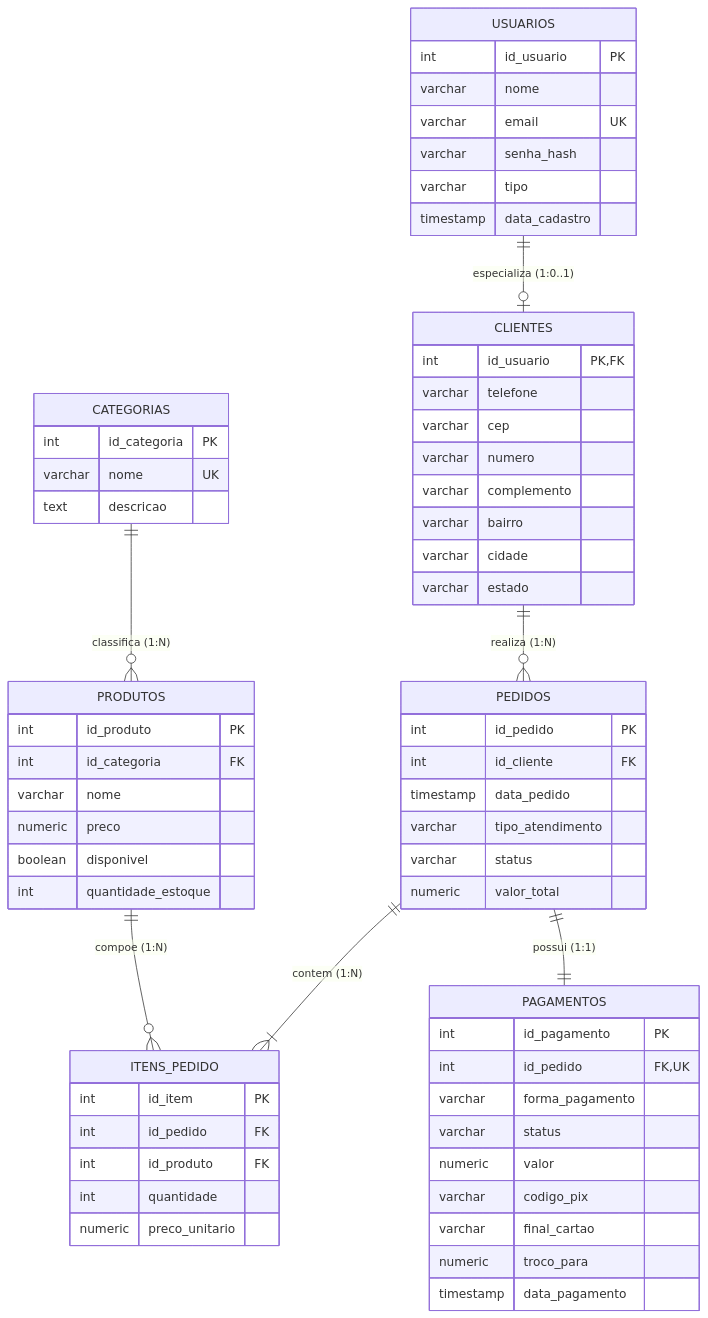
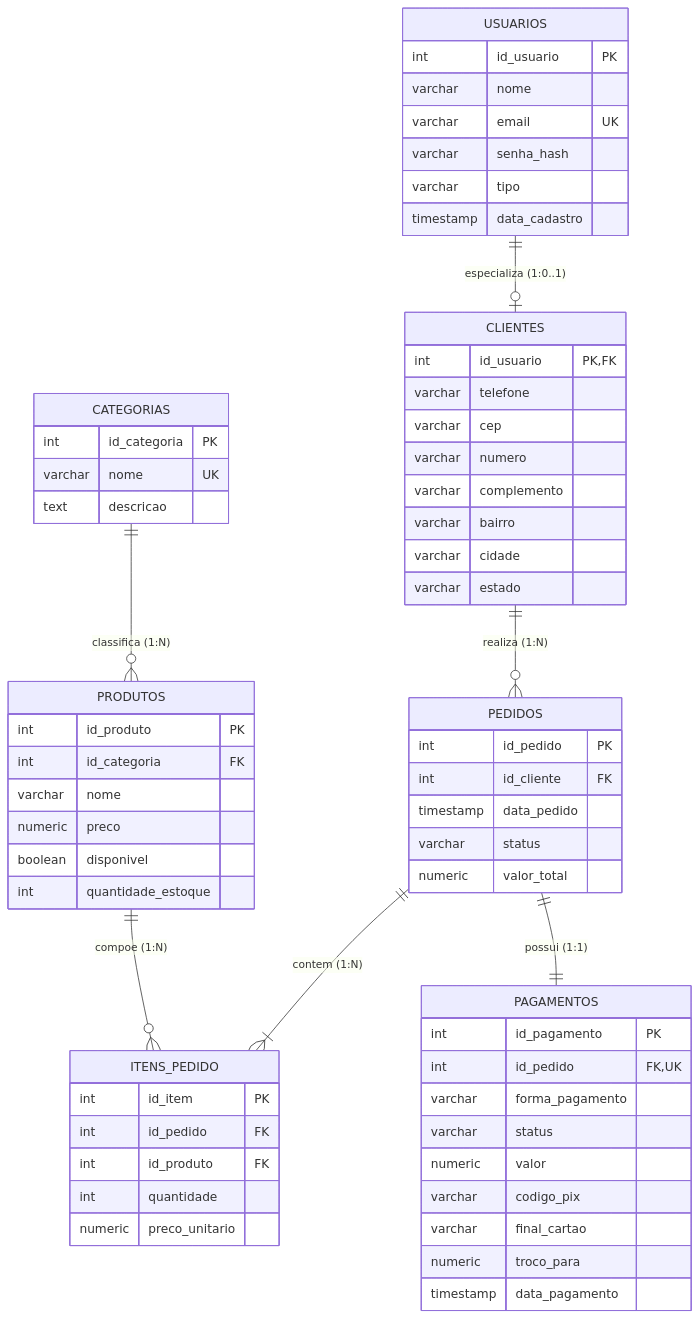
Before and after one commit to PedrosoMyskiw/ProjetoFinalDW1-Cafeteria: the diagram in README.md, drawn with Mermaid.

````diff
--- a/README.md
+++ b/README.md
@@ -109,74 +109,73 @@
 ```mermaid
 erDiagram
     USUARIOS {
         int id_usuario PK
         varchar nome
         varchar email UK
         varchar senha_hash
         varchar tipo
         timestamp data_cadastro
     }
 
     CLIENTES {
         int id_usuario PK, FK
         varchar telefone
         varchar cep
         varchar numero
         varchar complemento
         varchar bairro
         varchar cidade
         varchar estado
     }
 
     CATEGORIAS {
         int id_categoria PK
         varchar nome UK
         text descricao
     }
 
     PRODUTOS {
         int id_produto PK
         int id_categoria FK
         varchar nome
         numeric preco
         boolean disponivel
         int quantidade_estoque
     }
 
     PEDIDOS {
         int id_pedido PK
         int id_cliente FK
         timestamp data_pedido
-        varchar tipo_atendimento
         varchar status
         numeric valor_total
     }
 
     ITENS_PEDIDO {
         int id_item PK
         int id_pedido FK
         int id_produto FK
         int quantidade
         numeric preco_unitario
     }
 
     PAGAMENTOS {
         int id_pagamento PK
         int id_pedido FK, UK
         varchar forma_pagamento
         varchar status
         numeric valor
         varchar codigo_pix
         varchar final_cartao
         numeric troco_para
         timestamp data_pagamento
     }
 
 
     USUARIOS ||--o| CLIENTES : "especializa (1:0..1)"
     CLIENTES ||--o{ PEDIDOS : "realiza (1:N)"
     CATEGORIAS ||--o{ PRODUTOS : "classifica (1:N)"
     PEDIDOS ||--|{ ITENS_PEDIDO : "contem (1:N)"
     PRODUTOS ||--o{ ITENS_PEDIDO : "compoe (1:N)"
     PEDIDOS ||--|| PAGAMENTOS : "possui (1:1)"
 ```
````
